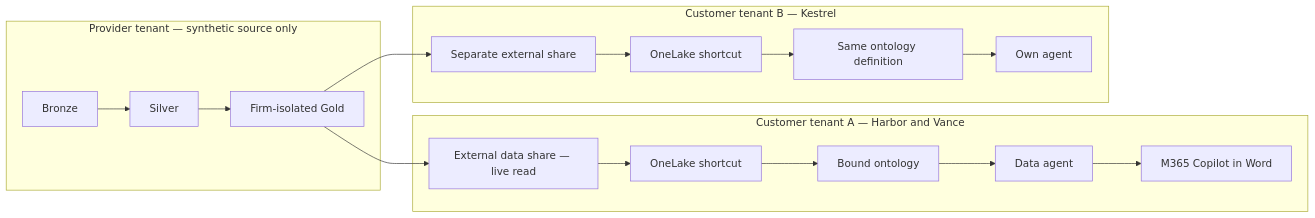
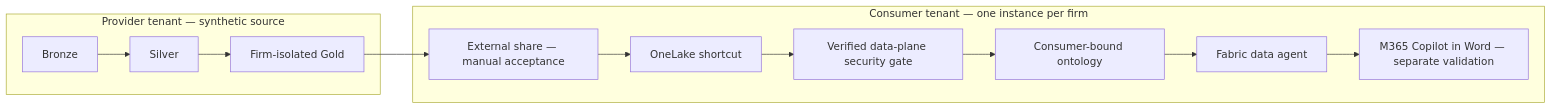
Before and after one commit to MatthieuLefebvre/elite-fabric-ontology-demo: the diagram in README.md, drawn with Mermaid. The commit also changed other lines of this file and 18 other files, not shown here.

Commit message:
docs: complete workshop guides diagrams and validated cross-platform quickstart

````diff
--- a/README.md
+++ b/README.md
@@ -35,15 +57,14 @@
 ```mermaid
 flowchart LR
-  subgraph P[Provider tenant — synthetic source only]
-    B[Bronze] --> S[Silver] --> G[Firm-isolated Gold]
-  end
-  G --> X[External data share — live read]
-  subgraph A[Customer tenant A — Harbor and Vance]
-    X --> H[OneLake shortcut] --> O[Bound ontology] --> D[Data agent]
-    D --> W[M365 Copilot in Word]
-  end
-  G --> Y[Separate external share]
-  subgraph K[Customer tenant B — Kestrel]
-    Y --> L[OneLake shortcut] --> Q[Same ontology definition] --> R[Own agent]
-  end
+	subgraph Provider[Provider tenant — synthetic source]
+		Bronze --> Silver --> Gold[Firm-isolated Gold]
+	end
+	Gold --> Share[External share — manual acceptance]
+	subgraph Customer[Consumer tenant — one instance per firm]
+		Share --> Shortcut[OneLake shortcut]
+		Shortcut --> Gate[Verified data-plane security gate]
+		Gate --> Ontology[Consumer-bound ontology]
+		Ontology --> Agent[Fabric data agent]
+		Agent --> Word[M365 Copilot in Word — separate validation]
+	end
 ```
````
